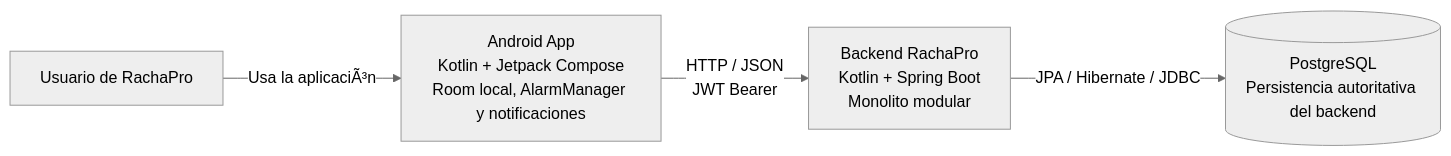
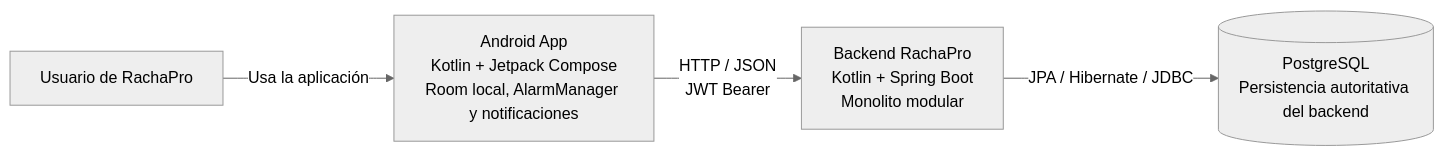
Before and after one commit to alejandro4198/RachaProo: the diagram in docs/semana8/c4/diagramas/c4-l2-contenedores.mmd, drawn with Mermaid (neutral theme). The commit also changed 8 other files, not shown here.

```diff
--- a/docs/semana8/c4/diagramas/c4-l2-contenedores.mmd
+++ b/docs/semana8/c4/diagramas/c4-l2-contenedores.mmd
@@ -1,12 +1,12 @@
 flowchart LR
     user["Usuario de RachaPro"]
 
     android["Android App<br/>Kotlin + Jetpack Compose<br/>Room local, AlarmManager y notificaciones"]
 
     backend["Backend RachaPro<br/>Kotlin + Spring Boot<br/>Monolito modular"]
 
     postgres[("PostgreSQL<br/>Persistencia autoritativa del backend")]
 
-    user -->|"Usa la aplicaciÃ³n"| android
+    user -->|"Usa la aplicación"| android
     android -->|"HTTP / JSON<br/>JWT Bearer"| backend
     backend -->|"JPA / Hibernate / JDBC"| postgres
```
